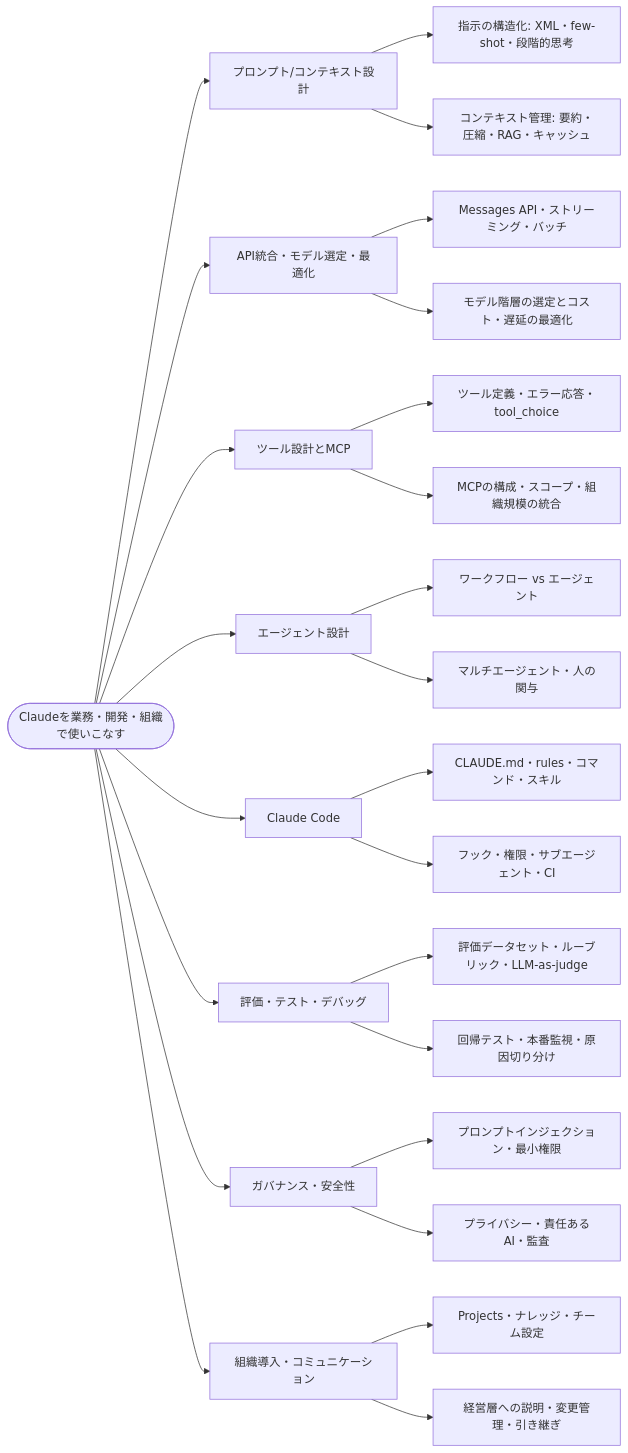
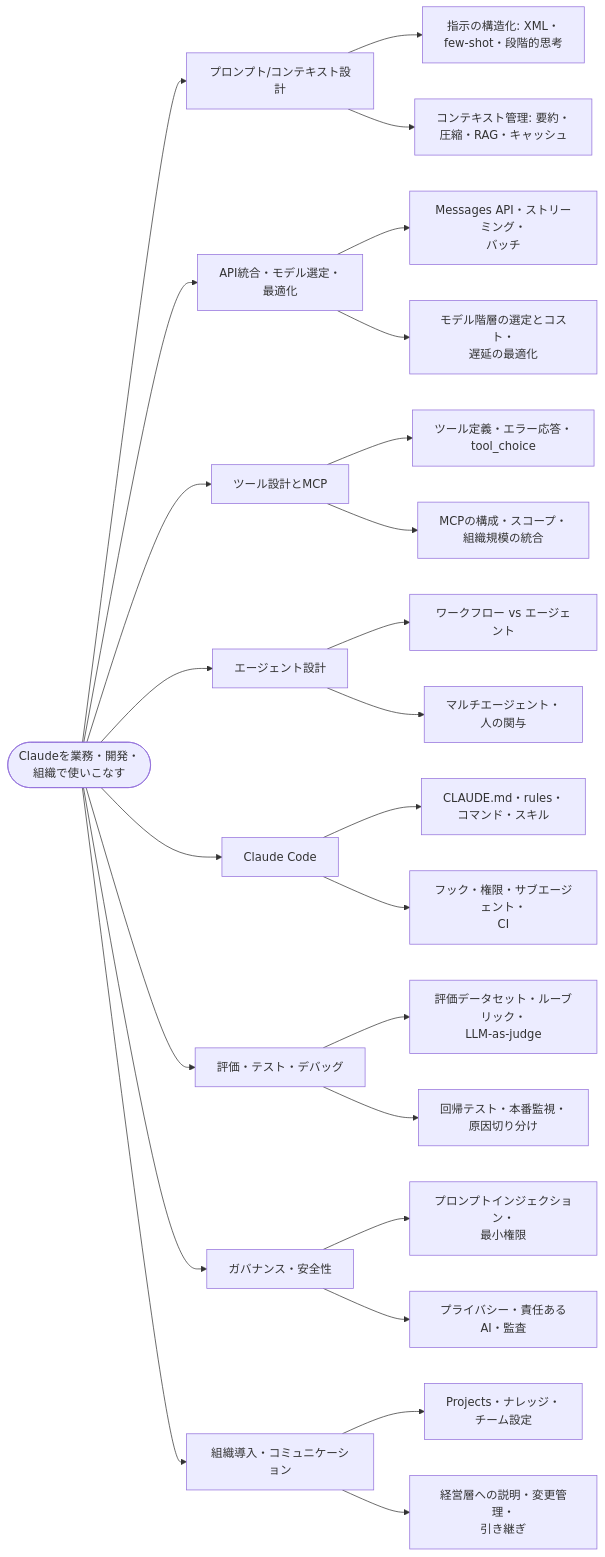
Before and after one commit to shingo0321/study: the first of 5 diagrams in claude/overview.md, drawn with Mermaid. The commit also changed other lines of this file and 5 other files, not shown here.

First line of the commit message:
Mermaid俯瞰図を横スクロールなしで表示できるよう調整

````diff
--- a/claude/overview.md
+++ b/claude/overview.md
@@ -16,28 +16,28 @@
 ```mermaid
 flowchart LR
-  ROOT(["Claudeを業務・開発・組織で使いこなす"])
+  ROOT(["Claudeを業務・開発・<br/>組織で使いこなす"])
   ROOT --> T1["プロンプト/コンテキスト設計"]
-  ROOT --> T2["API統合・モデル選定・最適化"]
+  ROOT --> T2["API統合・モデル選定・<br/>最適化"]
   ROOT --> T3["ツール設計とMCP"]
   ROOT --> T4["エージェント設計"]
   ROOT --> T5["Claude Code"]
   ROOT --> T6["評価・テスト・デバッグ"]
   ROOT --> T7["ガバナンス・安全性"]
   ROOT --> T8["組織導入・コミュニケーション"]
-  T1 --> T1a["指示の構造化: XML・few-shot・段階的思考"]
-  T1 --> T1b["コンテキスト管理: 要約・圧縮・RAG・キャッシュ"]
-  T2 --> T2a["Messages API・ストリーミング・バッチ"]
-  T2 --> T2b["モデル階層の選定とコスト・遅延の最適化"]
-  T3 --> T3a["ツール定義・エラー応答・tool_choice"]
-  T3 --> T3b["MCPの構成・スコープ・組織規模の統合"]
+  T1 --> T1a["指示の構造化: XML・<br/>few-shot・段階的思考"]
+  T1 --> T1b["コンテキスト管理: 要約・<br/>圧縮・RAG・キャッシュ"]
+  T2 --> T2a["Messages API・ストリーミング・<br/>バッチ"]
+  T2 --> T2b["モデル階層の選定とコスト・<br/>遅延の最適化"]
+  T3 --> T3a["ツール定義・エラー応答・<br/>tool_choice"]
+  T3 --> T3b["MCPの構成・スコープ・<br/>組織規模の統合"]
   T4 --> T4a["ワークフロー vs エージェント"]
-  T4 --> T4b["マルチエージェント・人の関与"]
-  T5 --> T5a["CLAUDE.md・rules・コマンド・スキル"]
-  T5 --> T5b["フック・権限・サブエージェント・CI"]
-  T6 --> T6a["評価データセット・ルーブリック・LLM-as-judge"]
-  T6 --> T6b["回帰テスト・本番監視・原因切り分け"]
-  T7 --> T7a["プロンプトインジェクション・最小権限"]
+  T4 --> T4b["マルチエージェント・<br/>人の関与"]
+  T5 --> T5a["CLAUDE.md・rules・<br/>コマンド・スキル"]
+  T5 --> T5b["フック・権限・サブエージェント・<br/>CI"]
+  T6 --> T6a["評価データセット・ルーブリック・<br/>LLM-as-judge"]
+  T6 --> T6b["回帰テスト・本番監視・<br/>原因切り分け"]
+  T7 --> T7a["プロンプトインジェクション・<br/>最小権限"]
   T7 --> T7b["プライバシー・責任あるAI・監査"]
-  T8 --> T8a["Projects・ナレッジ・チーム設定"]
-  T8 --> T8b["経営層への説明・変更管理・引き継ぎ"]
+  T8 --> T8a["Projects・ナレッジ・<br/>チーム設定"]
+  T8 --> T8b["経営層への説明・変更管理・<br/>引き継ぎ"]
 ```
````
